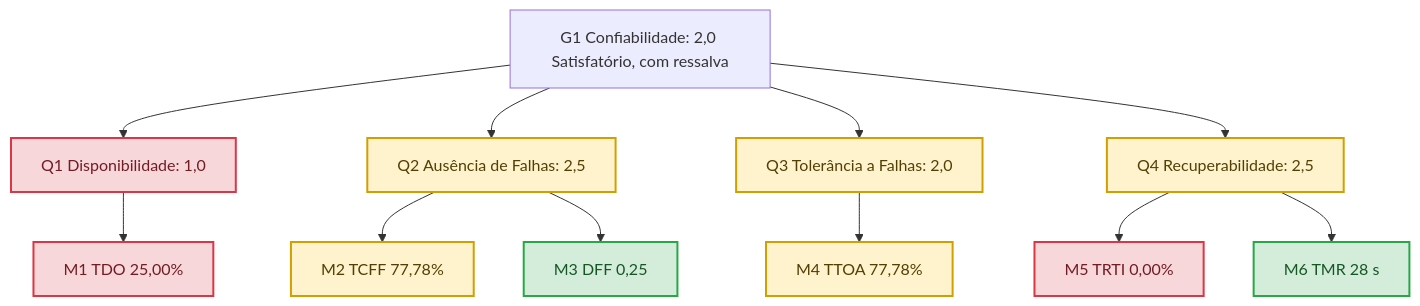
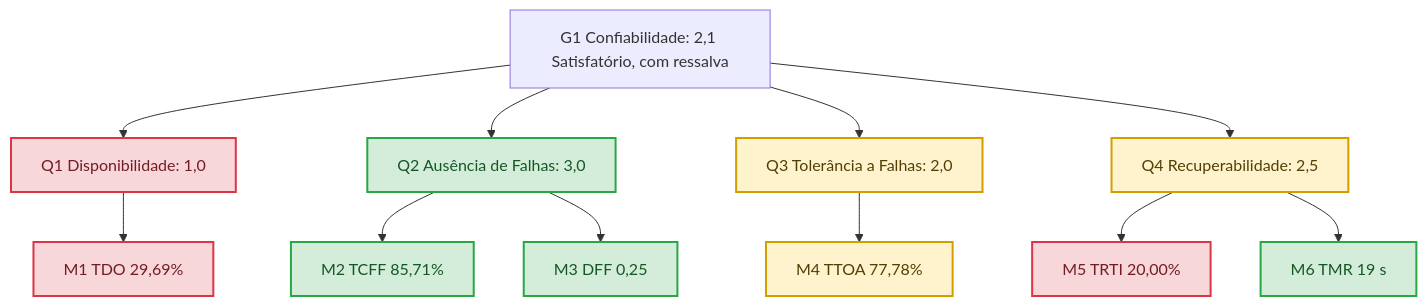
One commit to FCTE-Qualidade-de-Software-1/2026-2_T02_KAY_MCNULTY changed the second of 2 diagrams in docs/fase4/confiabilidade.md. Above: the diagram before and after it, drawn with Mermaid. The commit also changed other lines of this file and 18 other files, not shown here.

````diff
--- a/docs/fase4/confiabilidade.md
+++ b/docs/fase4/confiabilidade.md
@@ -209,18 +221,18 @@
 ```mermaid
 flowchart TD
-    G1["G1 Confiabilidade: 2,0 Satisfatório, com ressalva"]
+    G1["G1 Confiabilidade: 2,1 Satisfatório, com ressalva"]
     G1 --> Q1["Q1 Disponibilidade: 1,0"]:::ruim
-    G1 --> Q2["Q2 Ausência de Falhas: 2,5"]:::medio
+    G1 --> Q2["Q2 Ausência de Falhas: 3,0"]:::bom
     G1 --> Q3["Q3 Tolerância a Falhas: 2,0"]:::medio
     G1 --> Q4["Q4 Recuperabilidade: 2,5"]:::medio
-    Q1 --> M1["M1 TDO 25,00%"]:::ruim
-    Q2 --> M2["M2 TCFF 77,78%"]:::medio
+    Q1 --> M1["M1 TDO 29,69%"]:::ruim
+    Q2 --> M2["M2 TCFF 85,71%"]:::bom
     Q2 --> M3["M3 DFF 0,25"]:::bom
     Q3 --> M4["M4 TTOA 77,78%"]:::medio
-    Q4 --> M5["M5 TRTI 0,00%"]:::ruim
-    Q4 --> M6["M6 TMR 28 s"]:::bom
+    Q4 --> M5["M5 TRTI 20,00%"]:::ruim
+    Q4 --> M6["M6 TMR 19 s"]:::bom
 
     classDef bom fill:#d4edda,stroke:#28a745,stroke-width:2px,color:#155724;
     classDef medio fill:#fff3cd,stroke:#d39e00,stroke-width:2px,color:#533f03;
     classDef ruim fill:#f8d7da,stroke:#dc3545,stroke-width:2px,color:#721c24;
 ```
````
